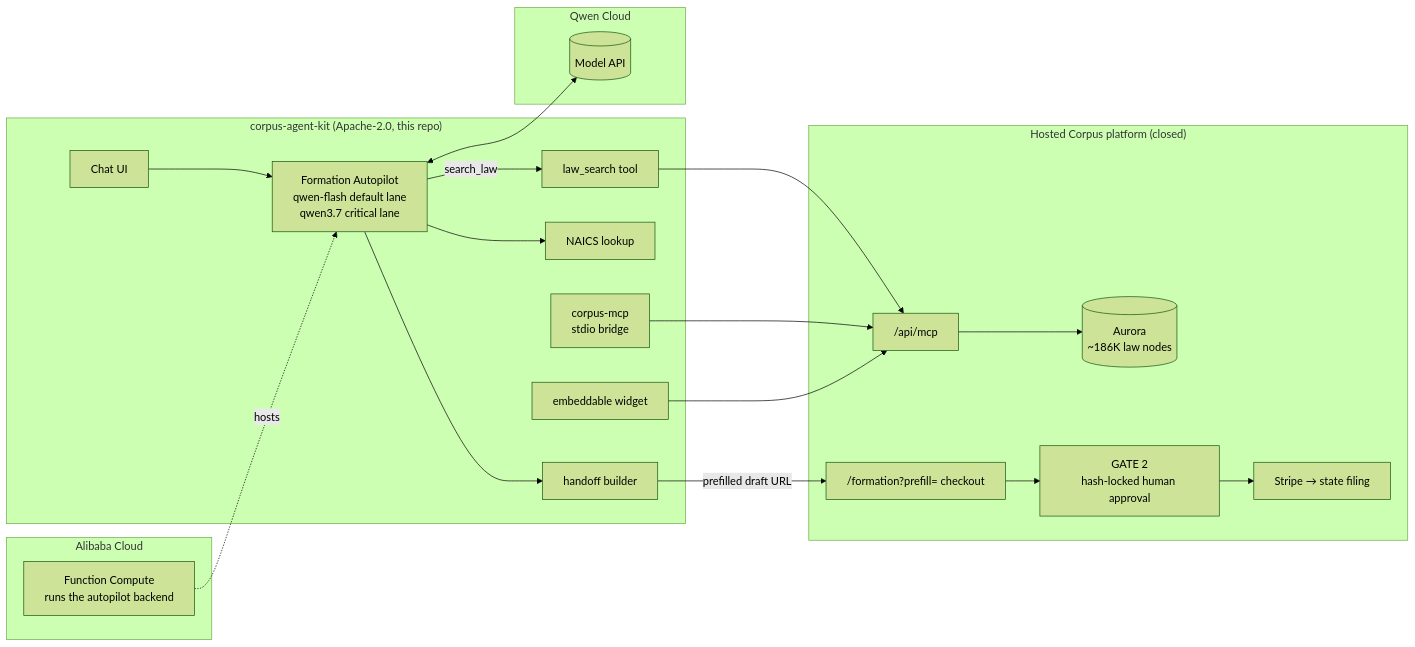
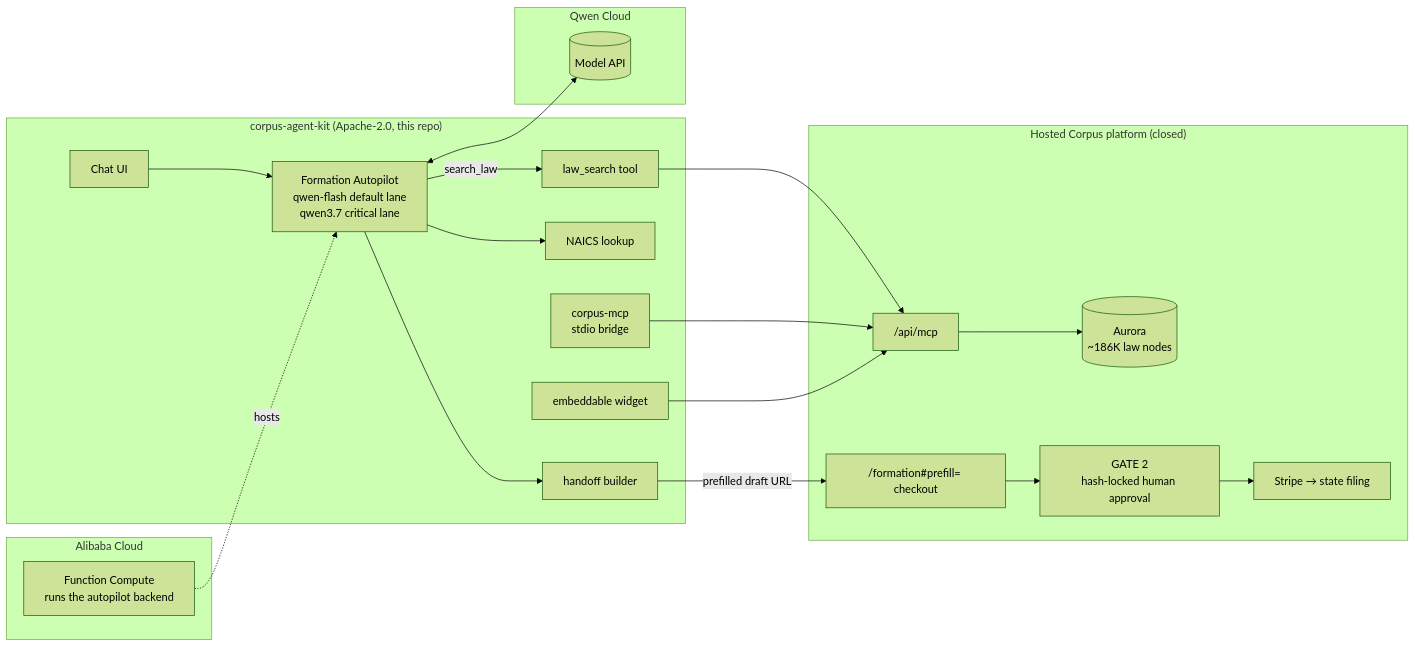
One commit to teakesdev/corpus-agent-kit changed the diagram in docs/architecture.md. Above: the diagram before and after it, drawn with Mermaid (forest theme). The commit also changed 9 other files, not shown here.

````diff
--- a/docs/architecture.md
+++ b/docs/architecture.md
@@ -11,28 +11,28 @@
 ```mermaid
 flowchart LR
   subgraph OPEN["corpus-agent-kit (Apache-2.0, this repo)"]
     UI[Chat UI] --> A[Formation Autopilot<br/>qwen-flash default lane<br/>qwen3.7 critical lane]
     A -->|search_law| MCPC[law_search tool]
     A --> N[NAICS lookup]
     A --> H[handoff builder]
     B[corpus-mcp<br/>stdio bridge]
     W[embeddable widget]
   end
   subgraph QC["Qwen Cloud"]
     Q[(Model API)]
   end
   subgraph ALI["Alibaba Cloud"]
     FC[Function Compute<br/>runs the autopilot backend]
   end
   subgraph CLOSED["Hosted Corpus platform (closed)"]
     MCP["/api/mcp"] --> DB[(Aurora<br/>~186K law nodes)]
-    F["/formation?prefill= checkout"] --> G[GATE 2<br/>hash-locked human approval]
+    F["/formation#prefill= checkout"] --> G[GATE 2<br/>hash-locked human approval]
     G --> FILE[Stripe → state filing]
   end
   A <--> Q
   FC -.hosts.-> A
   MCPC --> MCP
   B --> MCP
   W --> MCP
   H -->|prefilled draft URL| F
 ```
````
